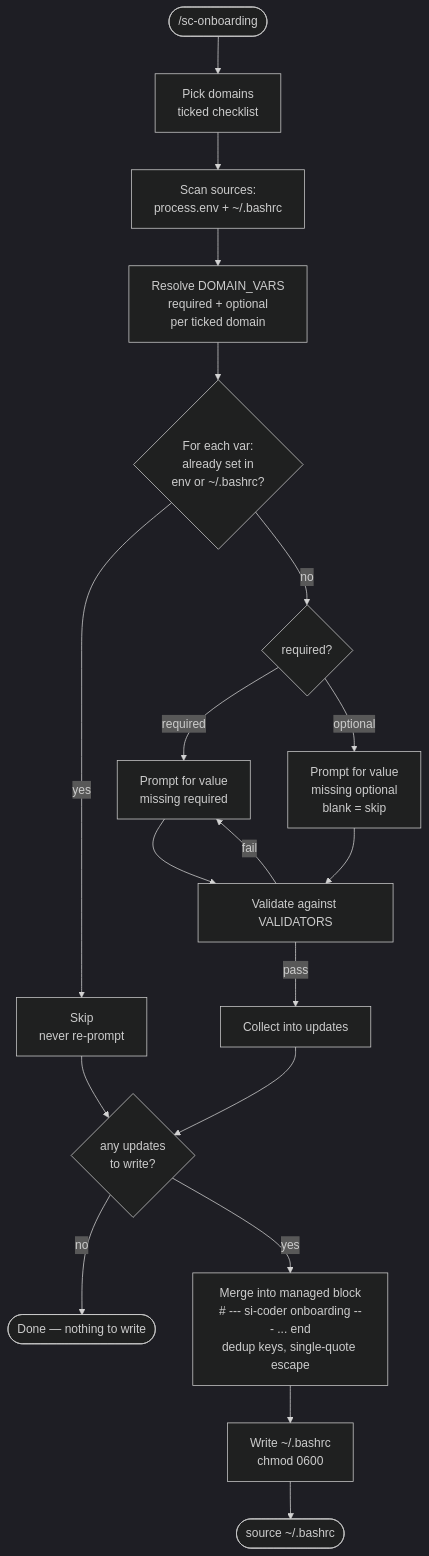
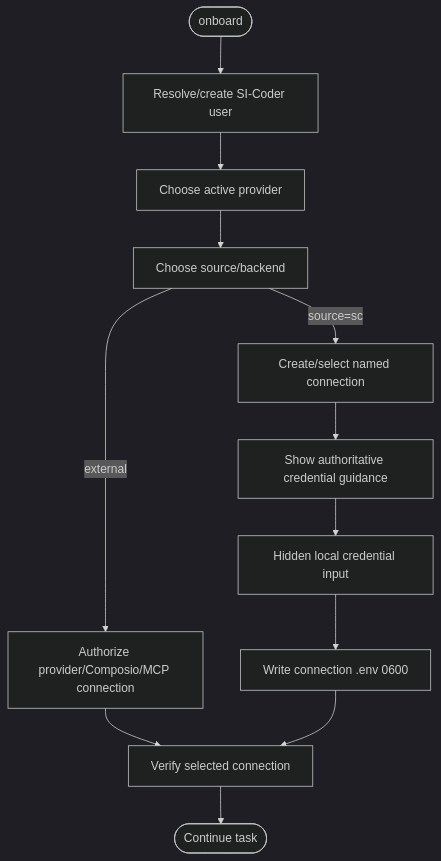
One commit to rahmanef63/si-coder-agent changed the diagram in skills/sc-onboarding/SKILL.md. Above: the diagram before and after it, drawn with Mermaid (dark theme). The commit also changed other lines of this file and 70 other files, not shown here.

````diff
--- a/skills/sc-onboarding/SKILL.md
+++ b/skills/sc-onboarding/SKILL.md
@@ -165,21 +152,14 @@
 ```mermaid
 flowchart TD
-    A([/sc-onboarding]) --> B[Pick domains<br/>ticked checklist]
-    B --> C[Scan sources:<br/>process.env + ~/.bashrc]
-    C --> D[Resolve DOMAIN_VARS<br/>required + optional<br/>per ticked domain]
-    D --> E{For each var:<br/>already set in<br/>env or ~/.bashrc?}
-    E -- yes --> F[Skip<br/>never re-prompt]
-    E -- no --> G{required?}
-    G -- required --> H[Prompt for value<br/>missing required]
-    G -- optional --> I[Prompt for value<br/>missing optional<br/>blank = skip]
-    H --> J[Validate against VALIDATORS]
+    A([onboard]) --> B[Resolve/create SI-Coder user]
+    B --> C[Choose active provider]
+    C --> D[Choose source/backend]
+    D -->|external| E[Authorize provider/Composio/MCP connection]
+    D -->|source=sc| F[Create/select named connection]
+    F --> G[Show authoritative credential guidance]
+    G --> H[Hidden local credential input]
+    H --> I[Write connection .env 0600]
+    E --> J[Verify selected connection]
     I --> J
-    J -- fail --> H
-    J -- pass --> K[Collect into updates]
-    F --> L
-    K --> L{any updates<br/>to write?}
-    L -- no --> M([Done — nothing to write])
-    L -- yes --> N[Merge into managed block<br/># --- si-coder onboarding --- ... end<br/>dedup keys, single-quote escape]
-    N --> O[Write ~/.bashrc<br/>chmod 0600]
-    O --> P([source ~/.bashrc])
+    J --> K([Continue task])
 ```
````
